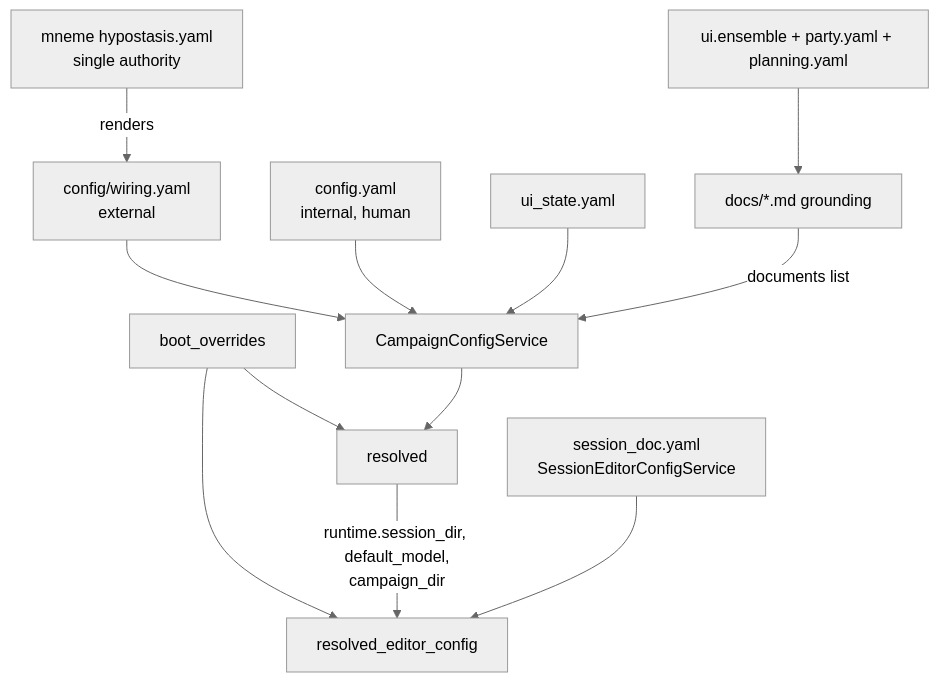
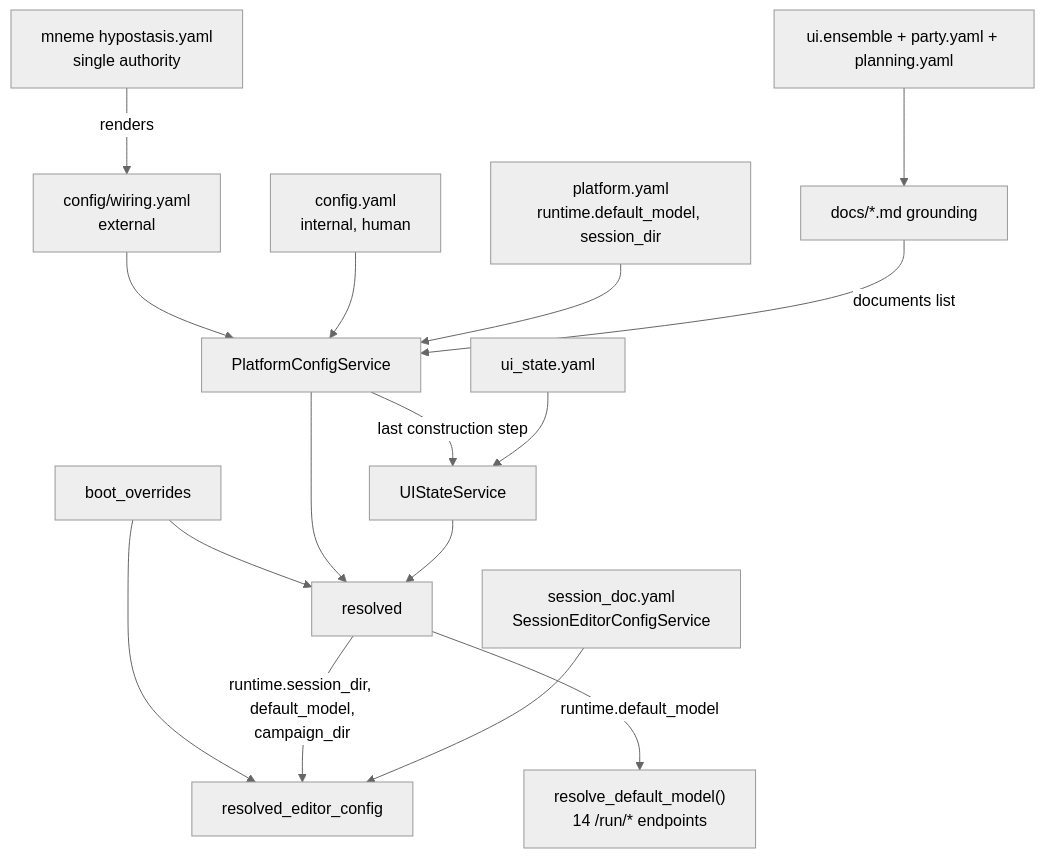
The diagram in docs/config/master.md (kostadis/CampaignGenerator), drawn with Mermaid (neutral theme) before and after one commit. The commit also changed other lines of this file and 5 other files, not shown here.

````diff
--- a/docs/config/master.md
+++ b/docs/config/master.md
@@ -9,14 +9,18 @@
 ```mermaid
 flowchart TB
   HY["mneme hypostasis.yaml<br/>single authority"] -->|renders| WI["config/wiring.yaml<br/>external"]
-  WI --> SVC
-  CY["config.yaml<br/>internal, human"] --> SVC[CampaignConfigService]
-  US[ui_state.yaml] --> SVC
+  WI --> PLAT
+  CY["config.yaml<br/>internal, human"] --> PLAT[PlatformConfigService]
+  PY["platform.yaml<br/>runtime.default_model, session_dir"] --> PLAT
+  PLAT -->|last construction step| UIS[UIStateService]
+  US[ui_state.yaml] --> UIS
   BO[boot_overrides] --> RES[resolved]
-  SVC --> RES
+  PLAT --> RES
+  UIS --> RES
   BO --> RESE[resolved_editor_config]
   RES -->|runtime.session_dir, default_model,<br/>campaign_dir| RESE
   SD["session_doc.yaml<br/>SessionEditorConfigService"] --> RESE
+  RES -->|runtime.default_model| RDM["resolve_default_model()<br/>14 /run/* endpoints"]
   UIE["ui.ensemble + party.yaml + planning.yaml"] --> GD["docs/*.md grounding"]
-  GD -->|documents list| SVC
+  GD -->|documents list| PLAT
 ```
````
